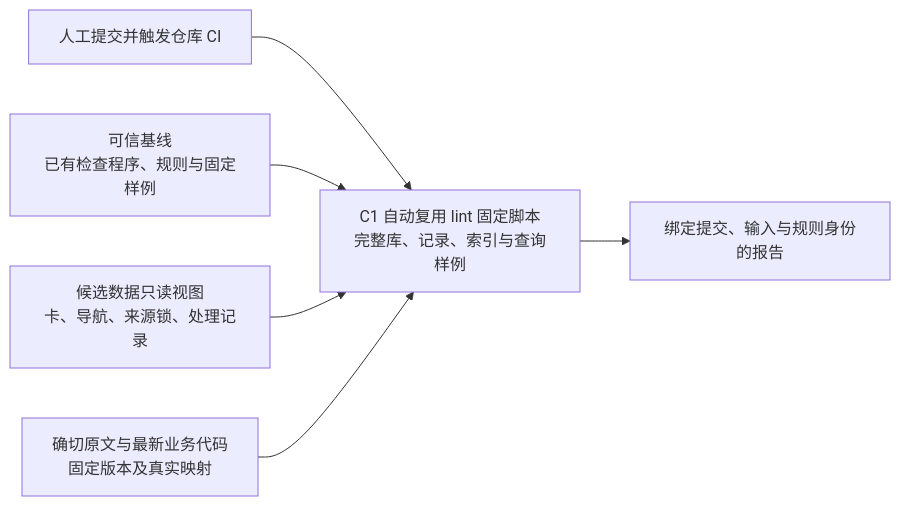
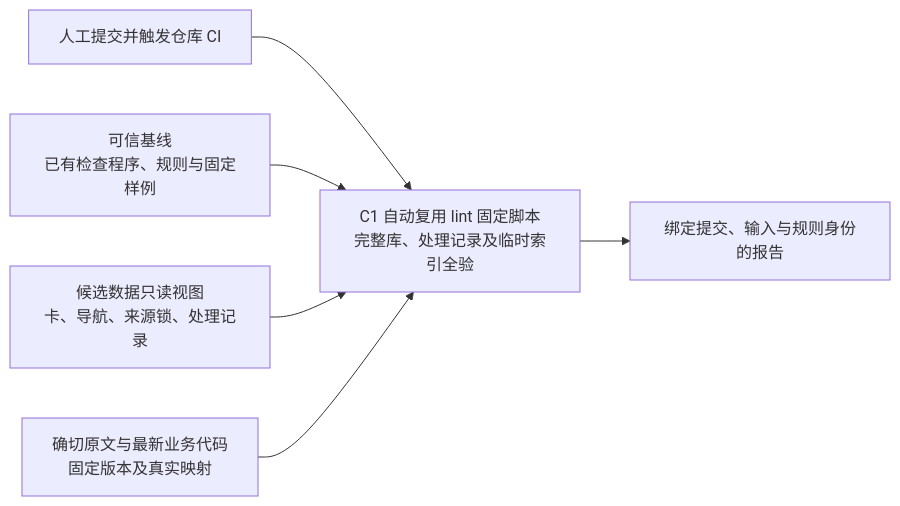
Before and after one commit to Robin-hhc/FactumCore: diagram 19 of 27 in himate-knowledge-wifi-mp/docs-llm-wiki/知识库详细设计.md, drawn with Mermaid. The commit also changed other lines of this file and 5 other files, not shown here.

````diff
--- a/himate-knowledge-wifi-mp/docs-llm-wiki/知识库详细设计.md
+++ b/himate-knowledge-wifi-mp/docs-llm-wiki/知识库详细设计.md
@@ -711,8 +741,8 @@
 ```mermaid
 flowchart LR
-    HUMAN["人工提交并触发仓库 CI"] --> CHECK["C1 自动复用 lint 固定脚本<br/>完整库、记录、索引与查询样例"]
+    HUMAN["人工提交并触发仓库 CI"] --> CHECK["C1 自动复用 lint 固定脚本<br/>完整库、处理记录及临时索引全验"]
     BASE["可信基线<br/>已有检查程序、规则与固定样例"] --> CHECK
     DATA["候选数据只读视图<br/>卡、导航、来源锁、处理记录"] --> CHECK
     INPUT["确切原文与最新业务代码<br/>固定版本及真实映射"] --> CHECK
     CHECK --> RESULT["绑定提交、输入与规则身份的报告"]
 ```
````
